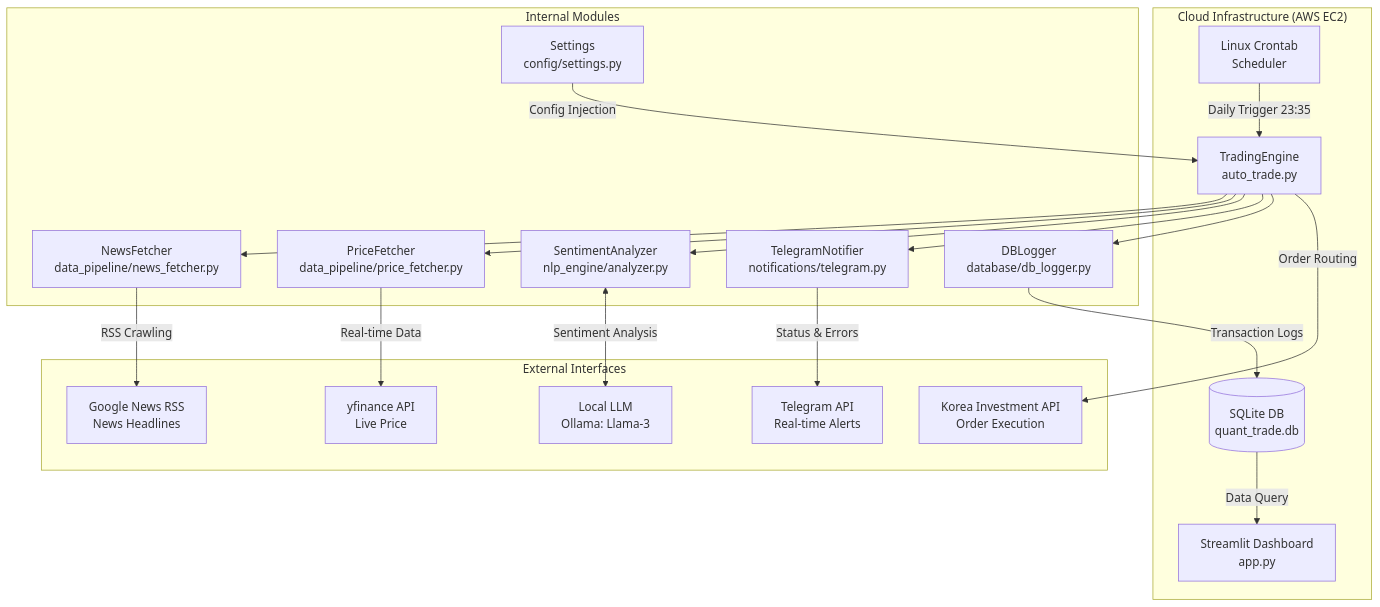
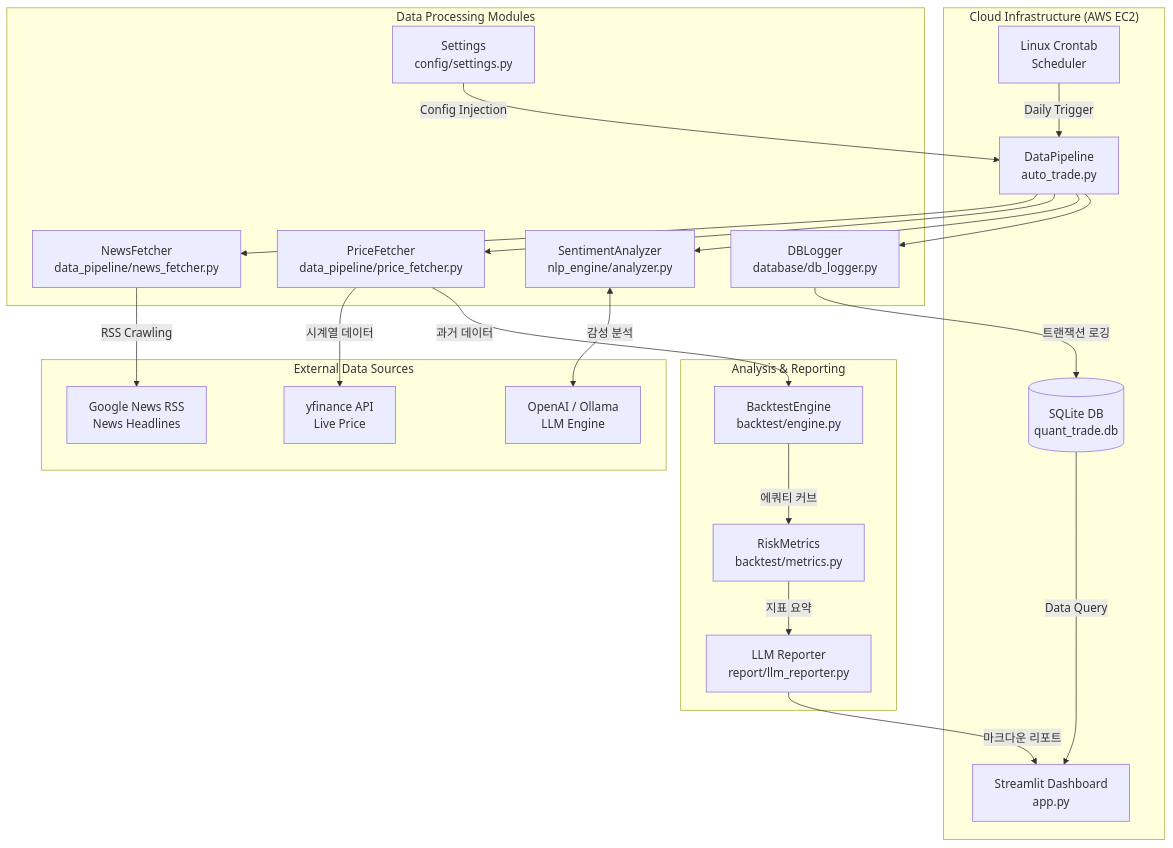
The diagram in README.md (bae-kh/llm-financial-reporting-pipeline), drawn with Mermaid before and after one commit. The commit also changed other lines of this file and 13 other files, not shown here.

Commit message:
feat: implement backtest engine with comprehensive metric calculation and unit testing suite

````diff
--- a/README.md
+++ b/README.md
@@ -26,41 +23,48 @@
 ```mermaid
 graph TD
     subgraph Cloud_AWS ["Cloud Infrastructure (AWS EC2)"]
         CRON[Linux Crontab<br>Scheduler]
-        AT[TradingEngine<br>auto_trade.py]
+        AT[DataPipeline<br>auto_trade.py]
         DB[(SQLite DB<br>quant_trade.db)]
         UI[Streamlit Dashboard<br>app.py]
     end
 
-    subgraph Modules ["Internal Modules"]
+    subgraph Analysis ["Analysis & Reporting"]
+        BT[BacktestEngine<br>backtest/engine.py]
+        RM[RiskMetrics<br>backtest/metrics.py]
+        RPT[LLM Reporter<br>report/llm_reporter.py]
+    end
+
+    subgraph Modules ["Data Processing Modules"]
         CFG[Settings<br>config/settings.py]
         NF[NewsFetcher<br>data_pipeline/news_fetcher.py]
         PF[PriceFetcher<br>data_pipeline/price_fetcher.py]
         SA[SentimentAnalyzer<br>nlp_engine/analyzer.py]
-        TG_MOD[TelegramNotifier<br>notifications/telegram.py]
         DBL[DBLogger<br>database/db_logger.py]
     end
 
-    subgraph External_API ["External Interfaces"]
+    subgraph External_API ["External Data Sources"]
         YF[yfinance API<br>Live Price]
-        LLM[Local LLM<br>Ollama: Llama-3]
-        KIS[Korea Investment API<br>Order Execution]
-        TG[Telegram API<br>Real-time Alerts]
+        LLM[OpenAI / Ollama<br>LLM Engine]
         RSS[Google News RSS<br>News Headlines]
     end
 
-    CRON -->|Daily Trigger 23:35| AT
+    CRON -->|Daily Trigger| AT
     CFG -->|Config Injection| AT
     AT --> NF
     AT --> PF
     AT --> SA
-    AT --> TG_MOD
     AT --> DBL
+
     NF -->|RSS Crawling| RSS
-    PF -->|Real-time Data| YF
-    SA <-->|Sentiment Analysis| LLM
-    AT -->|Order Routing| KIS
-    DBL -->|Transaction Logs| DB
-    TG_MOD -->|Status & Errors| TG
+    PF -->|시계열 데이터| YF
+    SA <-->|감성 분석| LLM
+
+    DBL -->|트랜잭션 로깅| DB
     DB -->|Data Query| UI
+
+    PF -->|과거 데이터| BT
+    BT -->|에쿼티 커브| RM
+    RM -->|지표 요약| RPT
+    RPT -->|마크다운 리포트| UI
 ```
````
